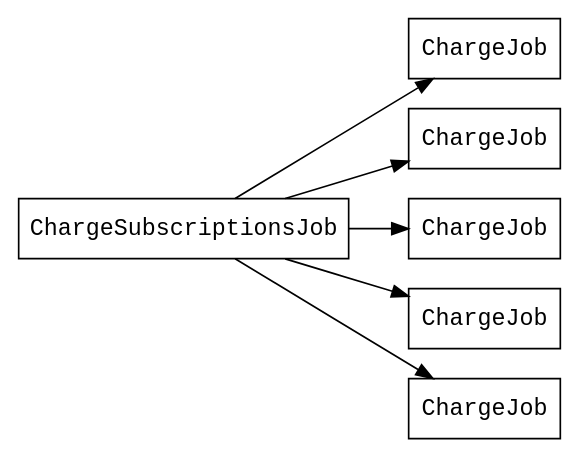
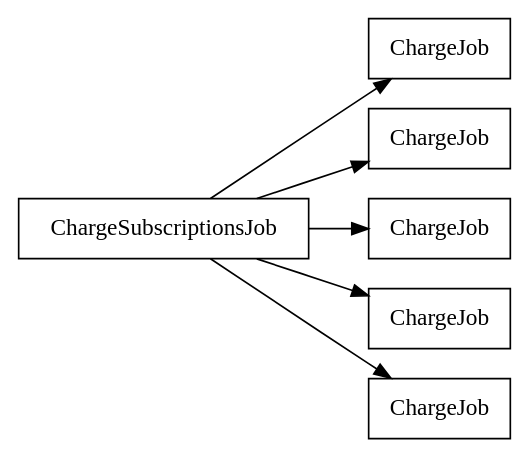
The diagram in images/batch-jobs-fan-out.dot (davetron5000/naildrivin5.com), drawn with Graphviz before and after one commit. The commit also changed 197 other files, not shown here.

```diff
--- a/images/batch-jobs-fan-out.dot
+++ b/images/batch-jobs-fan-out.dot
@@ -1,18 +1,18 @@
 digraph G {
 
   rankdir="LR"
   compound=true
   node[shape=box]
 
-  ChargeSubscriptionsJob[fontname="Courier New"]
+  ChargeSubscriptionsJob[fontname="Monaspace Krypton Var"]
   ChargeSubscriptionsJob -> ChargeOneSubscriptionJob1
   ChargeSubscriptionsJob -> ChargeOneSubscriptionJob2
   ChargeSubscriptionsJob -> ChargeOneSubscriptionJob3
   ChargeSubscriptionsJob -> ChargeOneSubscriptionJob4
   ChargeSubscriptionsJob -> ChargeOneSubscriptionJob5
-  ChargeOneSubscriptionJob1[label="ChargeJob" fontname="Courier New"]
-  ChargeOneSubscriptionJob2[label="ChargeJob" fontname="Courier New"]
-  ChargeOneSubscriptionJob3[label="ChargeJob" fontname="Courier New"]
-  ChargeOneSubscriptionJob4[label="ChargeJob" fontname="Courier New"]
-  ChargeOneSubscriptionJob5[label="ChargeJob" fontname="Courier New"]
+  ChargeOneSubscriptionJob1[label="ChargeJob" fontname="Monaspace Krypton Var"]
+  ChargeOneSubscriptionJob2[label="ChargeJob" fontname="Monaspace Krypton Var"]
+  ChargeOneSubscriptionJob3[label="ChargeJob" fontname="Monaspace Krypton Var"]
+  ChargeOneSubscriptionJob4[label="ChargeJob" fontname="Monaspace Krypton Var"]
+  ChargeOneSubscriptionJob5[label="ChargeJob" fontname="Monaspace Krypton Var"]
 }
```
